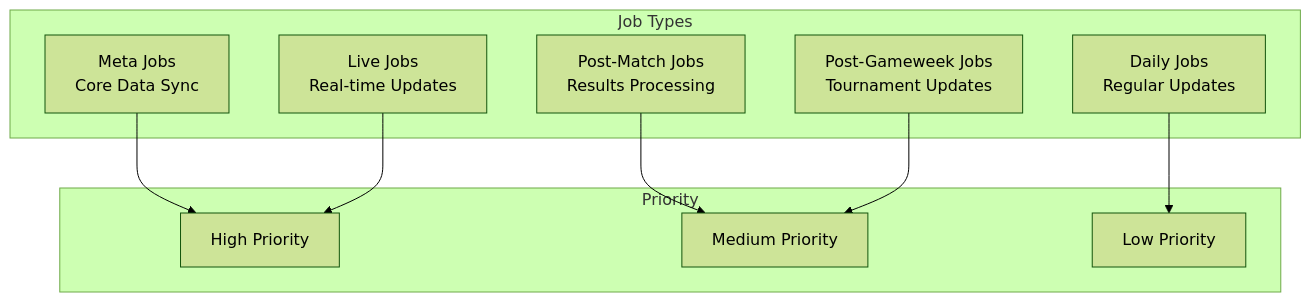
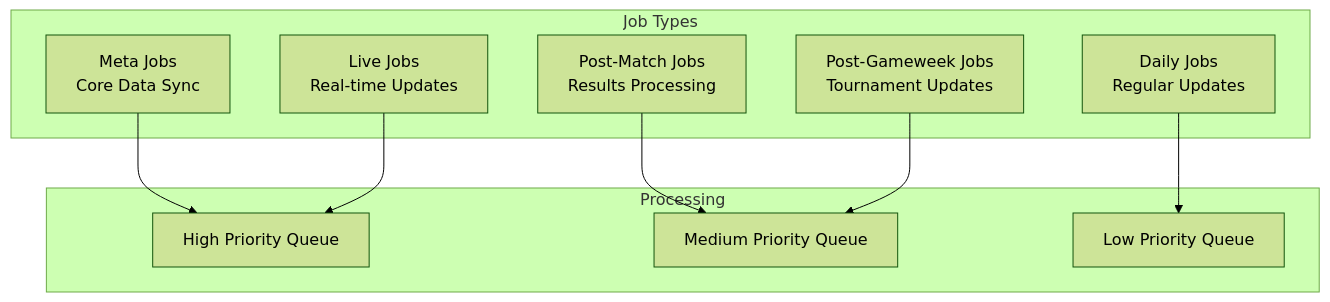
Before and after one commit to tonglam/letletme_data: the third of 4 diagrams in documentation/design/Queue_Layer_Design.md, drawn with Mermaid (forest theme). The commit also changed other lines of this file and 21 other files, not shown here.

````diff
--- a/documentation/design/Queue_Layer_Design.md
+++ b/documentation/design/Queue_Layer_Design.md
@@ -140,20 +89,20 @@
 ```mermaid
 graph TB
     subgraph Job Types
         M[Meta Jobs<br>Core Data Sync]
         L[Live Jobs<br>Real-time Updates]
         PM[Post-Match Jobs<br>Results Processing]
         PG[Post-Gameweek Jobs<br>Tournament Updates]
         D[Daily Jobs<br>Regular Updates]
     end
 
-    subgraph Priority
-        HP[High Priority]
-        MP[Medium Priority]
-        LP[Low Priority]
+    subgraph Processing
+        HP[High Priority Queue]
+        MP[Medium Priority Queue]
+        LP[Low Priority Queue]
     end
 
     M & L --> HP
     PM & PG --> MP
     D --> LP
 ```
````
